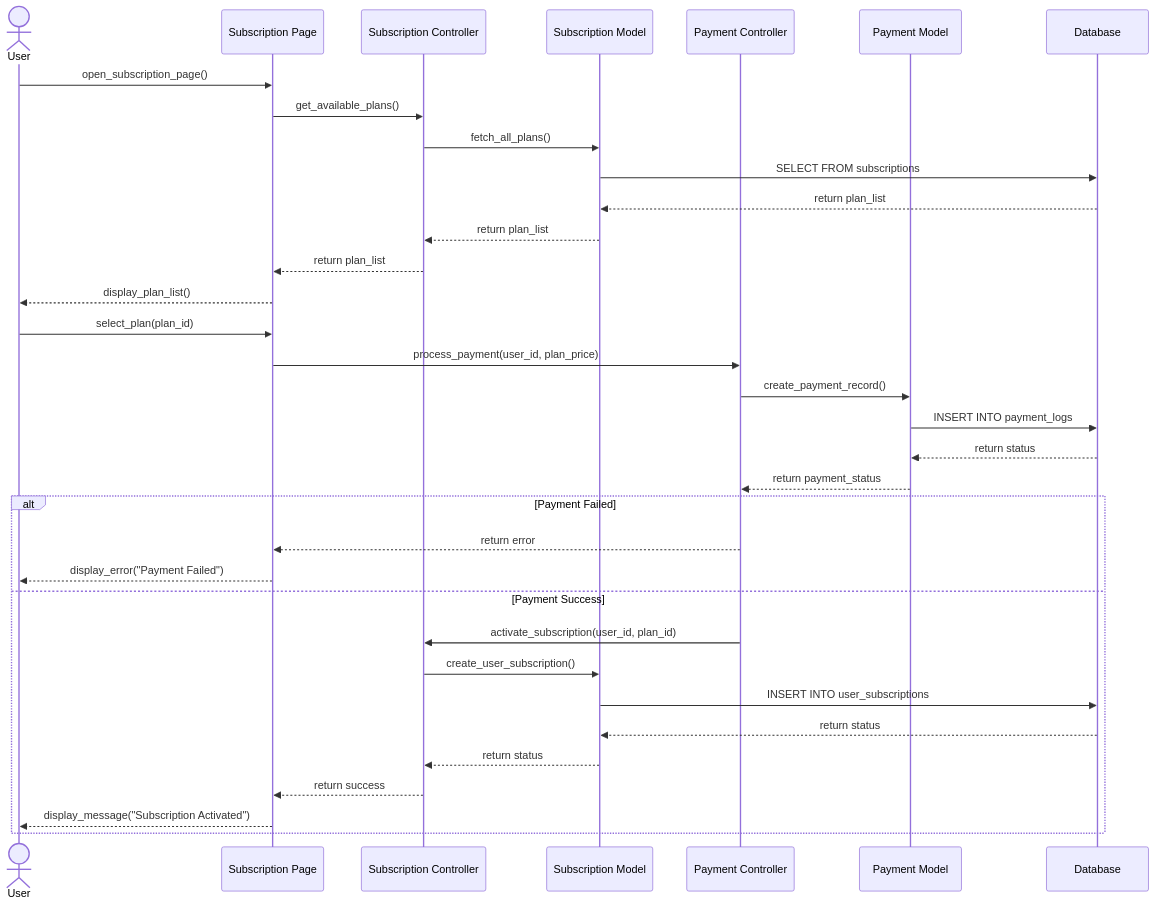
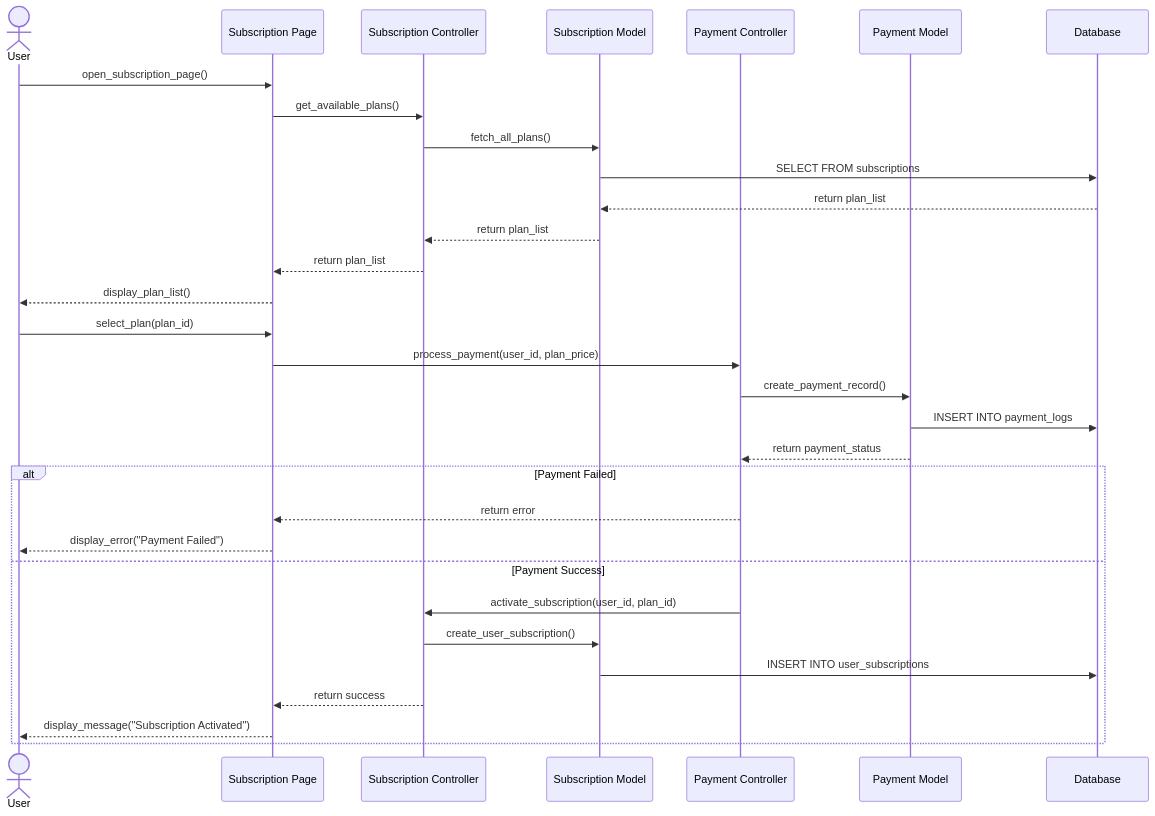
Before and after one commit to Tanaphat-Ken/ALPR-V2: diagram 18 of 20 in SYSTEM_DIAGRAMS.md, drawn with Mermaid. The commit also changed other lines of this file, not shown here.

First line of the commit message:
docs: trim sequence diagrams and split combined flows into separate diagrams

````diff
--- a/SYSTEM_DIAGRAMS.md
+++ b/SYSTEM_DIAGRAMS.md
@@ -696,39 +671,36 @@
 ```mermaid
 sequenceDiagram
     actor User
     participant SubPage as Subscription Page
     participant SubController as Subscription Controller
     participant SubModel as Subscription Model
     participant PaymentController as Payment Controller
     participant PaymentModel as Payment Model
     participant DB as Database
 
     User->>SubPage: open_subscription_page()
     SubPage->>SubController: get_available_plans()
     SubController->>SubModel: fetch_all_plans()
     SubModel->>DB: SELECT FROM subscriptions
     DB-->>SubModel: return plan_list
     SubModel-->>SubController: return plan_list
     SubController-->>SubPage: return plan_list
     SubPage-->>User: display_plan_list()
 
     User->>SubPage: select_plan(plan_id)
     SubPage->>PaymentController: process_payment(user_id, plan_price)
     PaymentController->>PaymentModel: create_payment_record()
     PaymentModel->>DB: INSERT INTO payment_logs
-    DB-->>PaymentModel: return status
     PaymentModel-->>PaymentController: return payment_status
 
     alt Payment Failed
         PaymentController-->>SubPage: return error
         SubPage-->>User: display_error("Payment Failed")
     else Payment Success
         PaymentController->>SubController: activate_subscription(user_id, plan_id)
         SubController->>SubModel: create_user_subscription()
         SubModel->>DB: INSERT INTO user_subscriptions
-        DB-->>SubModel: return status
-        SubModel-->>SubController: return status
         SubController-->>SubPage: return success
         SubPage-->>User: display_message("Subscription Activated")
     end
 ```
````
